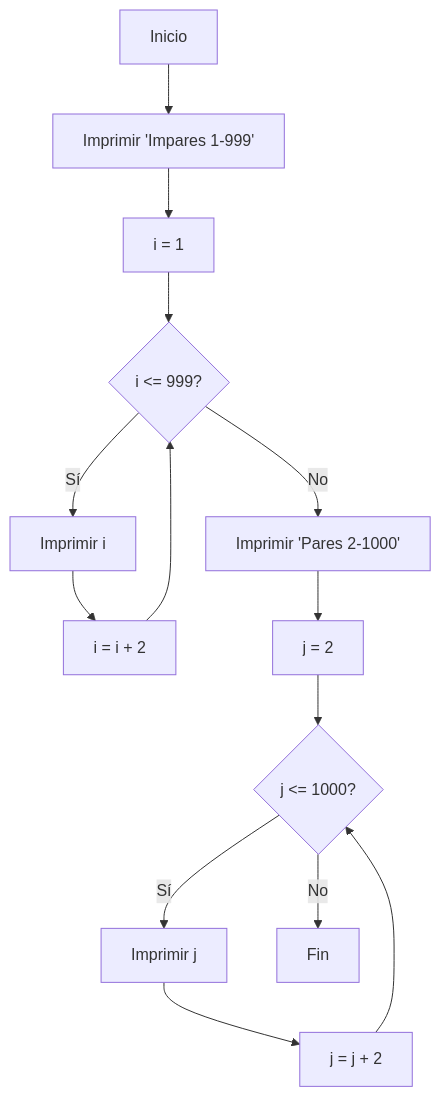
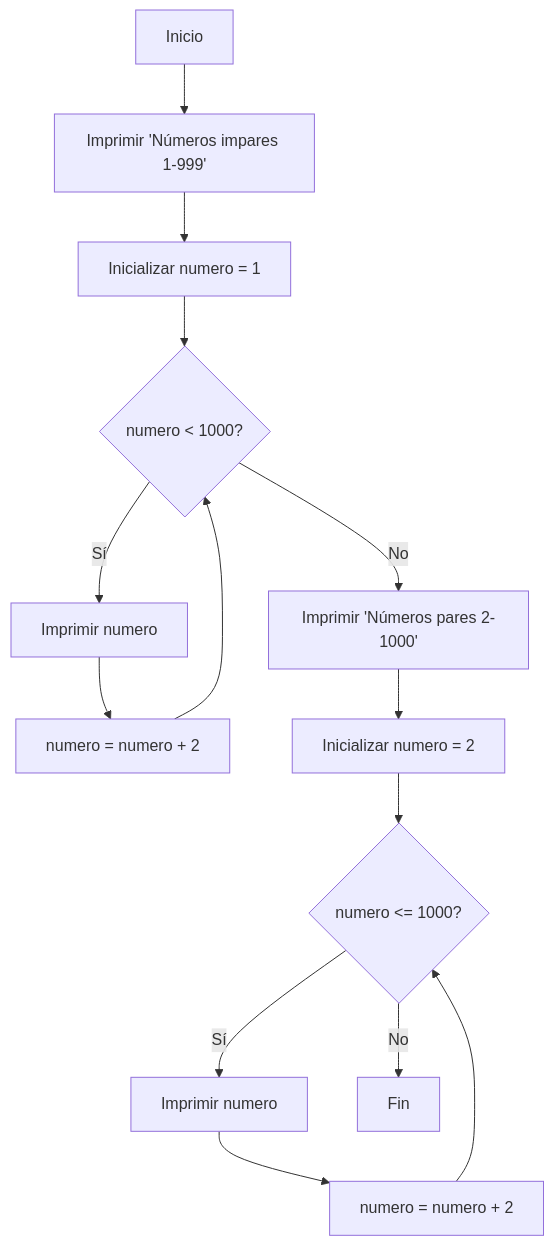
One commit to dsgelvez/Reto_06 changed the second of 3 diagrams in README.md. Above: the diagram before and after it, drawn with Mermaid. The commit also changed other lines of this file, not shown here.

````diff
--- a/README.md
+++ b/README.md
@@ -24,16 +25,16 @@
 ```mermaid
 flowchart TD
-    A[Inicio] --> B["Imprimir 'Impares 1-999'"]
-    B --> C[i = 1]
-    C --> D{"i <= 999?"}
-    D -->|Sí| E[Imprimir i]
-    E --> F[i = i + 2]
+    A[Inicio] --> B["Imprimir 'Números impares 1-999'"]
+    B --> C[Inicializar numero = 1]
+    C --> D{"numero < 1000?"}
+    D -->|Sí| E[Imprimir numero]
+    E --> F[numero = numero + 2]
     F --> D
-    D -->|No| G["Imprimir 'Pares 2-1000'"]
-    G --> H[j = 2]
-    H --> I{"j <= 1000?"}
-    I -->|Sí| J[Imprimir j]
-    J --> K[j = j + 2]
+    D -->|No| G["Imprimir 'Números pares 2-1000'"]
+    G --> H[Inicializar numero = 2]
+    H --> I{"numero <= 1000?"}
+    I -->|Sí| J[Imprimir numero]
+    J --> K[numero = numero + 2]
     K --> I
     I -->|No| L[Fin]
 ```
````
